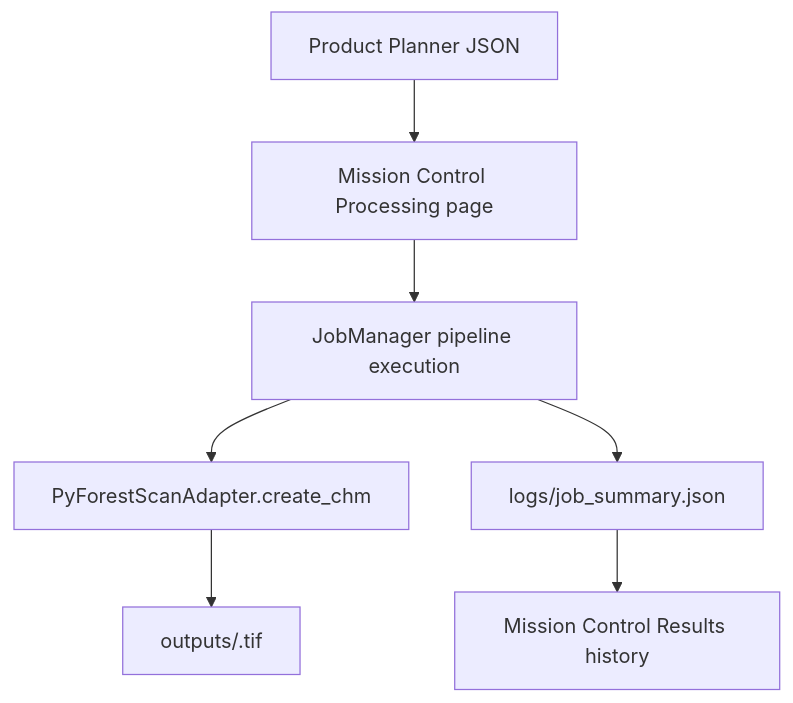
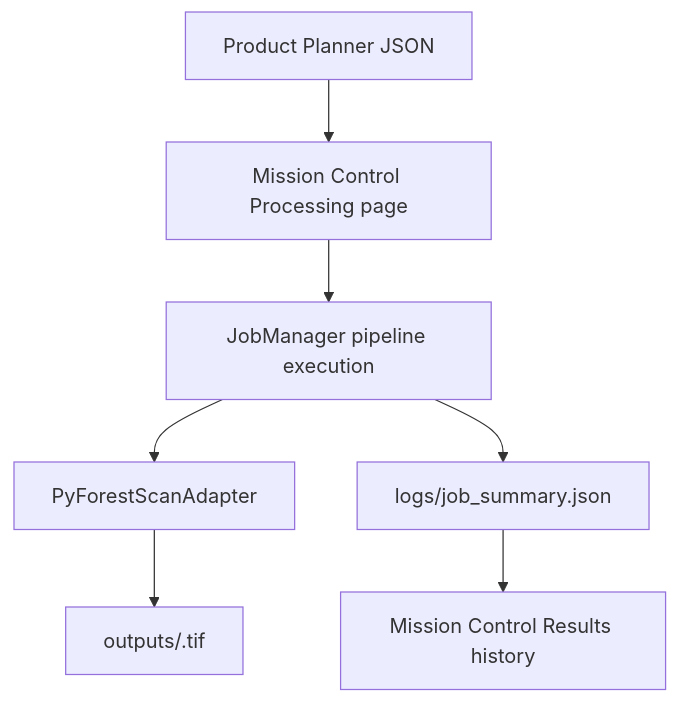
Before and after one commit to sticholas/pyforestscan-qgis: the third of 3 diagrams in docs/USER_GUIDE.md, drawn with Mermaid. The commit also changed other lines of this file and 18 other files, not shown here.

````diff
--- a/docs/USER_GUIDE.md
+++ b/docs/USER_GUIDE.md
@@ -197,9 +199,9 @@
 ```mermaid
 flowchart TD
     A["Product Planner JSON"] --> B["Mission Control Processing page"]
     B --> C["JobManager pipeline execution"]
-    C --> D["PyForestScanAdapter.create_chm"]
-    D --> E["outputs/<chosen_chm_filename>.tif"]
+    C --> D["PyForestScanAdapter"]
+    D --> E["outputs/<chosen_product_filename>.tif"]
     C --> F["logs/job_summary.json"]
     F --> G["Mission Control Results history"]
 ```
````
